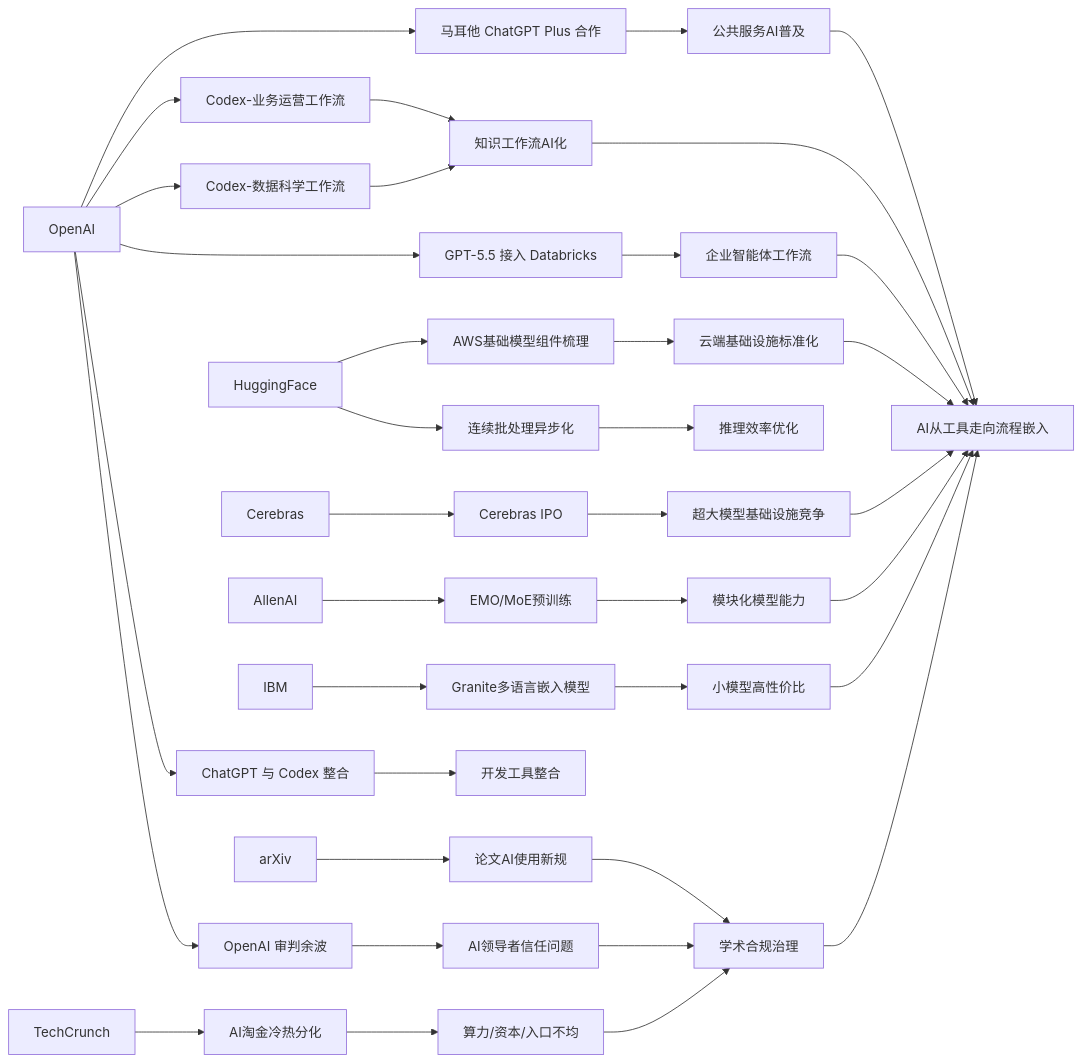
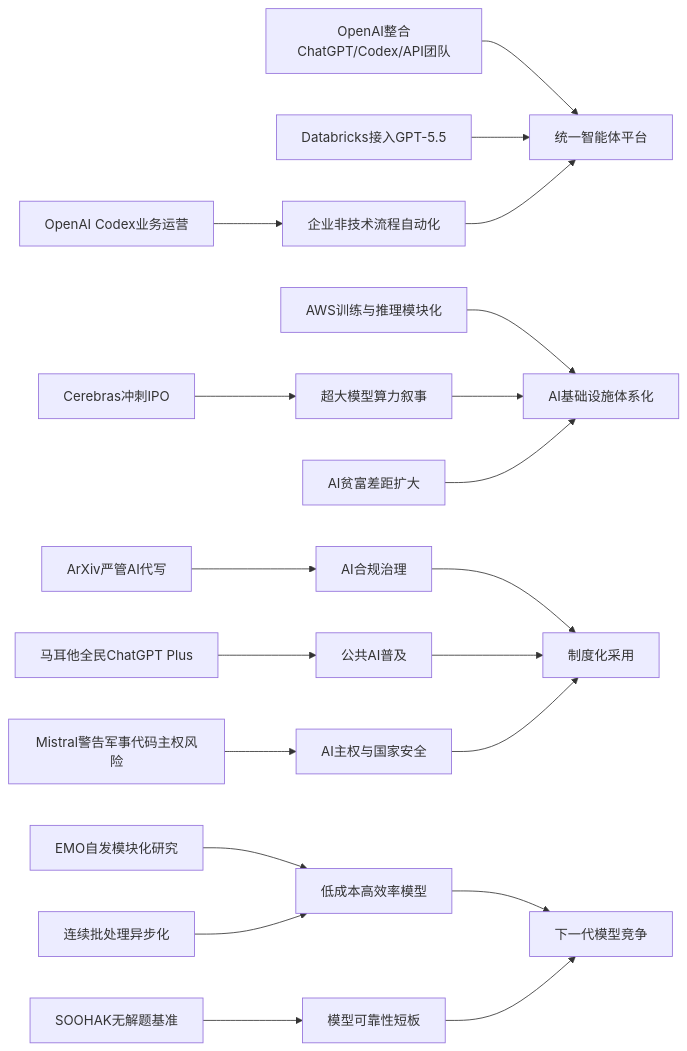
One commit to zhuxinfei/ai-daily-site changed the diagram in content/cn/2026/2026-05/2026-05-17.md. Above: the diagram before and after it, drawn with Mermaid. The commit also changed other lines of this file, not shown here.

````diff
--- a/content/cn/2026/2026-05/2026-05-17.md
+++ b/content/cn/2026/2026-05/2026-05-17.md
@@ -106,49 +110,25 @@
 ```mermaid
 graph LR
-    OpenAI --> Malta[马耳他 ChatGPT Plus 合作]
-    OpenAI --> CodexOps[Codex-业务运营工作流]
-    OpenAI --> CodexDS[Codex-数据科学工作流]
-    OpenAI --> Databricks[GPT-5.5 接入 Databricks]
-    OpenAI --> ProductStrategy[ChatGPT 与 Codex 整合]
-    OpenAI --> Trial[OpenAI 审判余波]
+    A[OpenAI Codex业务运营] --> B[企业非技术流程自动化]
+    C[OpenAI整合ChatGPT/Codex/API团队] --> D[统一智能体平台]
+    E[Databricks接入GPT-5.5] --> D
+    B --> D
 
-    Malta --> PublicAdoption[公共服务AI普及]
-    CodexOps --> WorkflowAI[知识工作流AI化]
-    CodexDS --> WorkflowAI
-    Databricks --> EnterpriseAgents[企业智能体工作流]
-    ProductStrategy --> DevToolIntegration[开发工具整合]
+    F[Cerebras冲刺IPO] --> G[超大模型算力叙事]
+    H[AWS训练与推理模块化] --> I[AI基础设施体系化]
+    G --> I
+    J[AI贫富差距扩大] --> I
 
-    HuggingFace --> AWSBlocks[AWS基础模型组件梳理]
-    HuggingFace --> AsyncBatching[连续批处理异步化]
-    AWSBlocks --> InfraStandardization[云端基础设施标准化]
-    AsyncBatching --> InferenceEfficiency[推理效率优化]
+    K[ArXiv严管AI代写] --> L[AI合规治理]
+    M[马耳他全民ChatGPT Plus] --> N[公共AI普及]
+    O[Mistral警告军事代码主权风险] --> P[AI主权与国家安全]
+    L --> Q[制度化采用]
+    N --> Q
+    P --> Q
 
-    Cerebras --> IPO[Cerebras IPO]
-    IPO --> LargeModelInfra[超大模型基础设施竞争]
-
-    AllenAI --> EMO[EMO/MoE预训练]
-    EMO --> ModularModels[模块化模型能力]
-
-    IBM --> Granite[Granite多语言嵌入模型]
-    Granite --> SmallModelValue[小模型高性价比]
-
-    TechCrunch --> GoldRush[AI淘金冷热分化]
-    GoldRush --> ResourceGap[算力/资本/入口不均]
-
-    arXiv --> Policy[论文AI使用新规]
-    Policy --> Governance[学术合规治理]
-
-    Trial --> Trust[AI领导者信任问题]
-    ResourceGap --> Governance
-    Trust --> Governance
-
-    WorkflowAI --> IndustryShift[AI从工具走向流程嵌入]
-    PublicAdoption --> IndustryShift
-    EnterpriseAgents --> IndustryShift
-
-    InfraStandardization --> IndustryShift
-    LargeModelInfra --> IndustryShift
-    ModularModels --> IndustryShift
-    SmallModelValue --> IndustryShift
-    Governance --> IndustryShift
+    R[EMO自发模块化研究] --> S[低成本高效率模型]
+    T[连续批处理异步化] --> S
+    U[SOOHAK无解题基准] --> V[模型可靠性短板]
+    S --> W[下一代模型竞争]
+    V --> W
 ```
````
